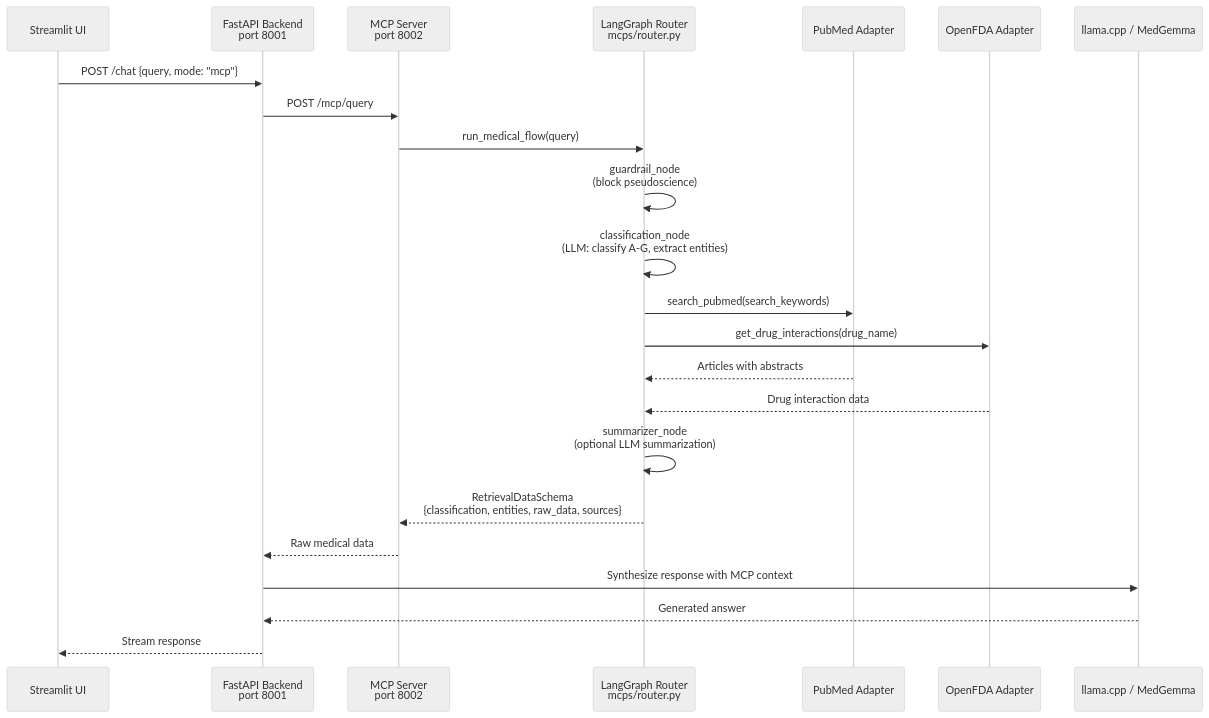
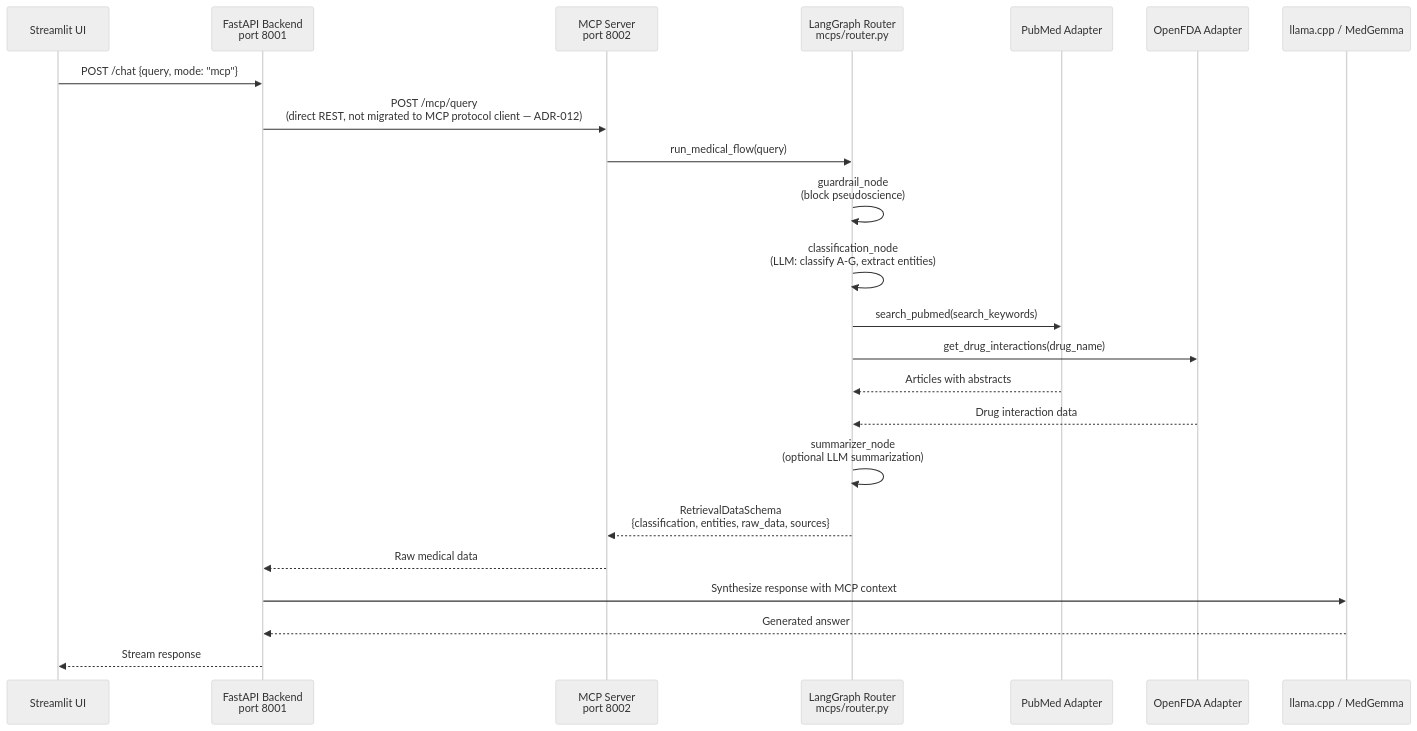
Before and after one commit to Belal0066/CFI-Care: the fifth of 6 diagrams in ai/src/ai/context.md, drawn with Mermaid (neutral theme). The commit also changed other lines of this file and 5 other files, not shown here.

````diff
--- a/ai/src/ai/context.md
+++ b/ai/src/ai/context.md
@@ -423,26 +429,26 @@
 ```mermaid
 sequenceDiagram
     participant UI as Streamlit UI
     participant FB as FastAPI Backend<br/>port 8001
     participant MCP as MCP Server<br/>port 8002
     participant LG as LangGraph Router<br/>mcps/router.py
     participant PA as PubMed Adapter
     participant OF as OpenFDA Adapter
     participant LLM as llama.cpp / MedGemma
 
     UI->>FB: POST /chat {query, mode: "mcp"}
-    FB->>MCP: POST /mcp/query
+    FB->>MCP: POST /mcp/query<br/>(direct REST, not migrated to MCP protocol client — ADR-012)
     MCP->>LG: run_medical_flow(query)
     LG->>LG: guardrail_node<br/>(block pseudoscience)
     LG->>LG: classification_node<br/>(LLM: classify A-G, extract entities)
     LG->>PA: search_pubmed(search_keywords)
     LG->>OF: get_drug_interactions(drug_name)
     PA-->>LG: Articles with abstracts
     OF-->>LG: Drug interaction data
     LG->>LG: summarizer_node<br/>(optional LLM summarization)
     LG-->>MCP: RetrievalDataSchema<br/>{classification, entities, raw_data, sources}
     MCP-->>FB: Raw medical data
     FB->>LLM: Synthesize response with MCP context
     LLM-->>FB: Generated answer
     FB-->>UI: Stream response
 ```
````
